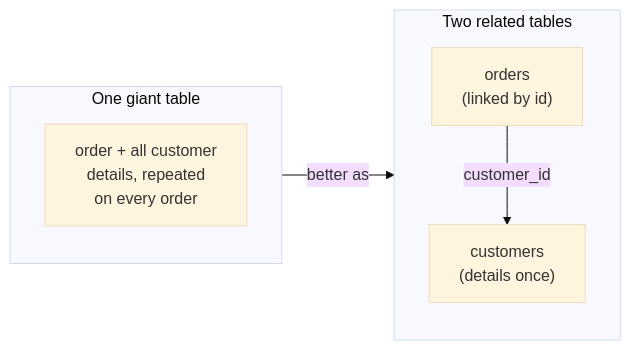
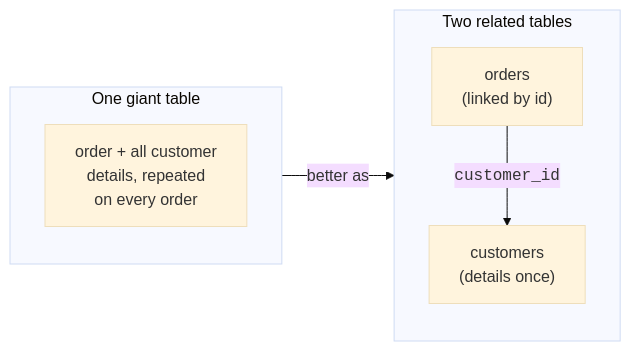
One commit to dataslope/dataslope changed the first of 5 diagrams in content/learn/intro-sql-postgres/relationships-intro.mdx. Above: the diagram before and after it, drawn with Mermaid (base theme). The commit also changed 46 other files, not shown here.

First line of the commit message:
Wrap code in mermaid edge labels + entity/table names in DB diagrams

````diff
--- a/content/learn/intro-sql-postgres/relationships-intro.mdx
+++ b/content/learn/intro-sql-postgres/relationships-intro.mdx
@@ -22,12 +22,12 @@
 ```mermaid
 flowchart LR
     subgraph Bad["One giant table"]
         G["order + all customer<br/>details, repeated<br/>on every order"]
     end
     subgraph Good["Two related tables"]
         C["customers<br/>(details once)"]
         O["orders<br/>(linked by id)"]
-        O -->|"customer_id"| C
+        O -->|"<code>customer_id</code>"| C
     end
     Bad -->|"better as"| Good
 ```
````
